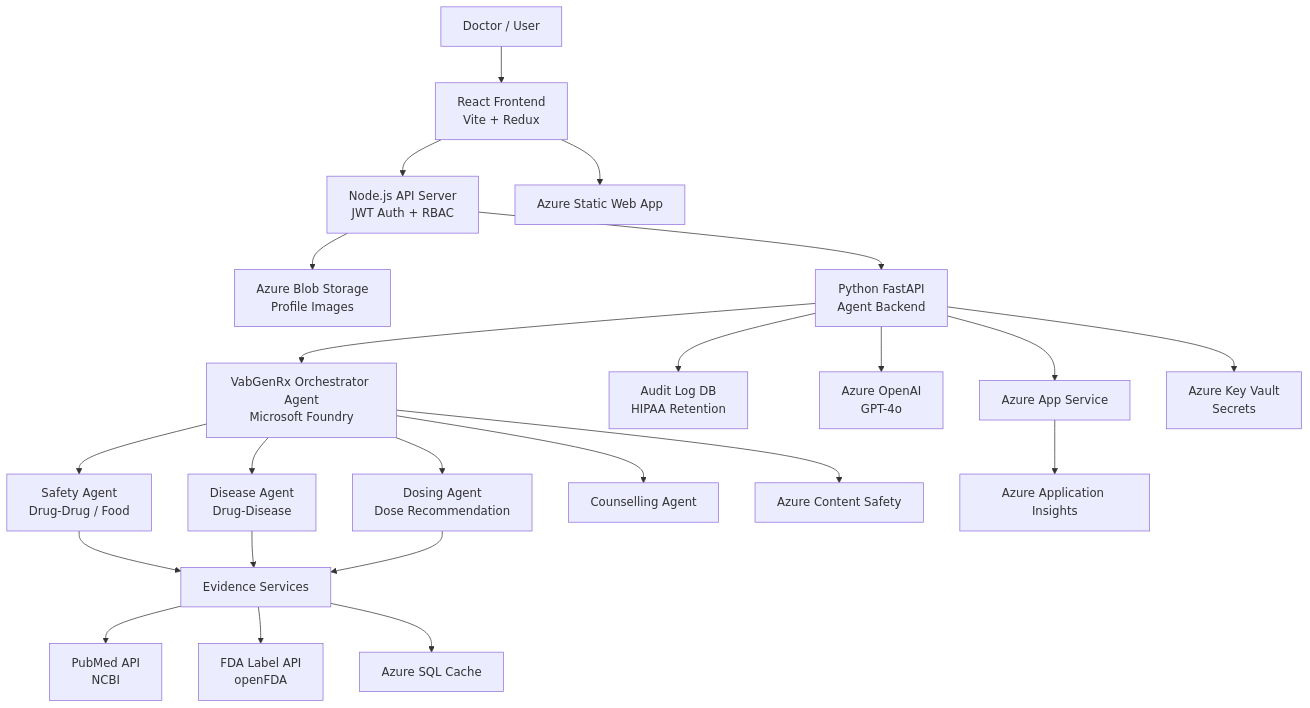
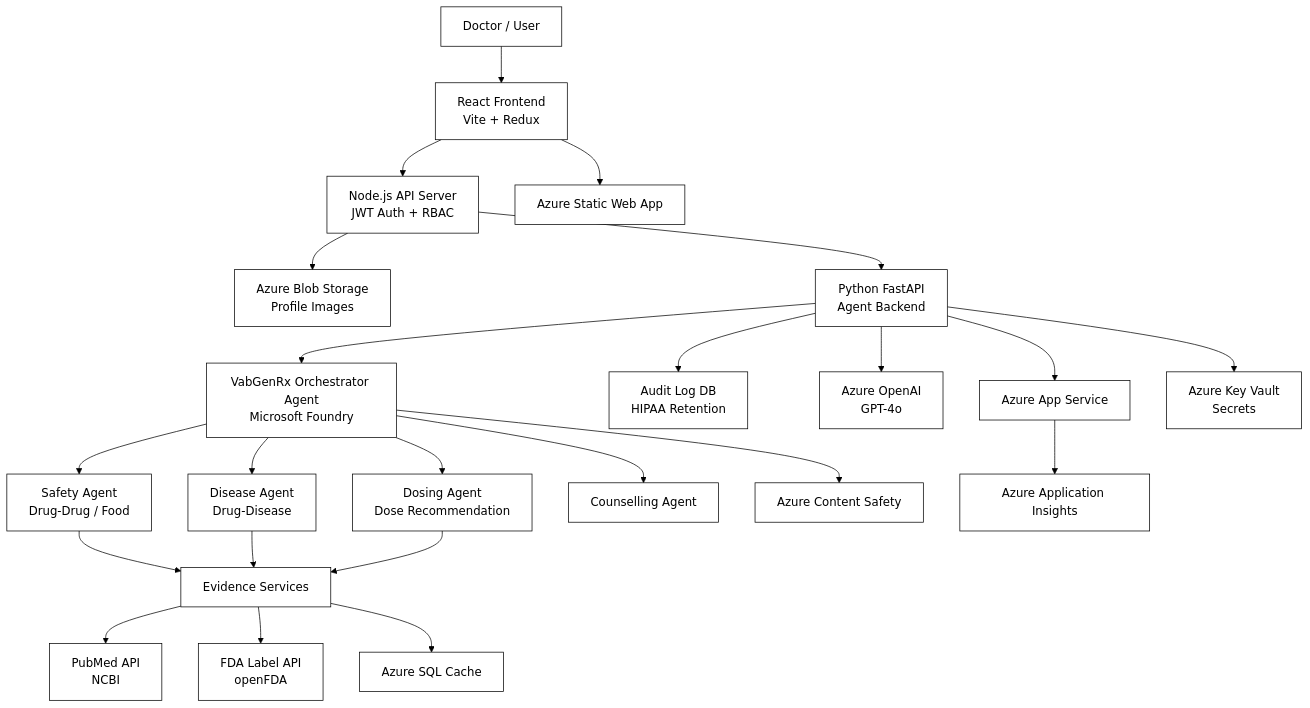
One commit to Aadarsh-Praveen/VabGen-Rx changed the first of 4 diagrams in README.md. Above: the diagram before and after it, drawn with Mermaid. The commit also changed other lines of this file, not shown here.

````diff
--- a/README.md
+++ b/README.md
@@ -112,25 +114,26 @@
 ```mermaid
+%%{init: {'theme': 'base', 'themeVariables': {'primaryColor': '#ffffff', 'primaryTextColor': '#000000', 'primaryBorderColor': '#000000', 'lineColor': '#000000', 'background': '#ffffff', 'nodeBorder': '#000000', 'clusterBkg': '#ffffff', 'titleColor': '#000000', 'edgeLabelBackground': '#ffffff'}}}%%
 flowchart TD
     A[Doctor / User] --> B[React Frontend\nVite + Redux]
     B --> C[Node.js API Server\nJWT Auth + RBAC]
     C --> D[Azure Blob Storage\nProfile Images]
     C --> E[Python FastAPI\nAgent Backend]
     E --> F[VabGenRx Orchestrator Agent\nMicrosoft Foundry]
     E --> G[Audit Log DB\nHIPAA Retention]
     E --> H[Azure OpenAI\nGPT-4o]
     E --> I[Azure App Service]
     F --> J[Safety Agent\nDrug-Drug / Food]
     F --> K[Disease Agent\nDrug-Disease]
     F --> L[Dosing Agent\nDose Recommendation]
     F --> M[Counselling Agent]
     F --> N[Azure Content Safety]
     J --> O[Evidence Services]
     K --> O
     L --> O
     O --> P[PubMed API\nNCBI]
     O --> Q[FDA Label API\nopenFDA]
     O --> R[Azure SQL Cache]
     I --> S[Azure Application Insights]
     E --> T[Azure Key Vault\nSecrets]
     B --> U[Azure Static Web App]
 ```
````
